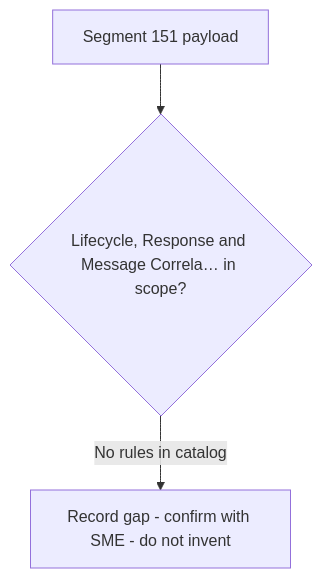
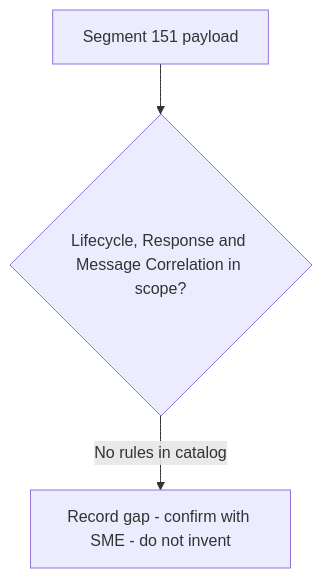
Before and after one commit to DhanSingh-hub/core-auth-ai-validation-framework: the diagram in regression-artifact-validator/specifications/ATL105/docs/specs/kb/segment-151/lifecycle-response-correlation-flow.md, drawn with Mermaid. The commit also changed 150 other files, not shown here.

````diff
--- a/regression-artifact-validator/specifications/ATL105/docs/specs/kb/segment-151/lifecycle-response-correlation-flow.md
+++ b/regression-artifact-validator/specifications/ATL105/docs/specs/kb/segment-151/lifecycle-response-correlation-flow.md
@@ -3,5 +3,5 @@
 ```mermaid
 flowchart TD
-    A[Segment 151 payload] --> B{Lifecycle, Response and Message Correla… in scope?}
+    A[Segment 151 payload] --> B{Lifecycle, Response and Message Correlation in scope?}
     B -->|No rules in catalog| G[Record gap - confirm with SME - do not invent]
 ```
````
